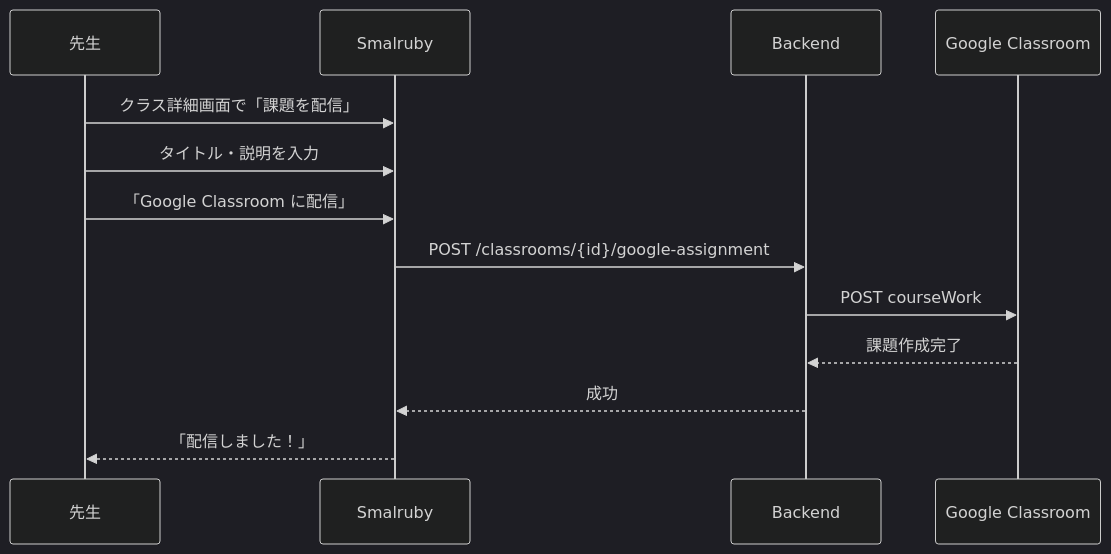
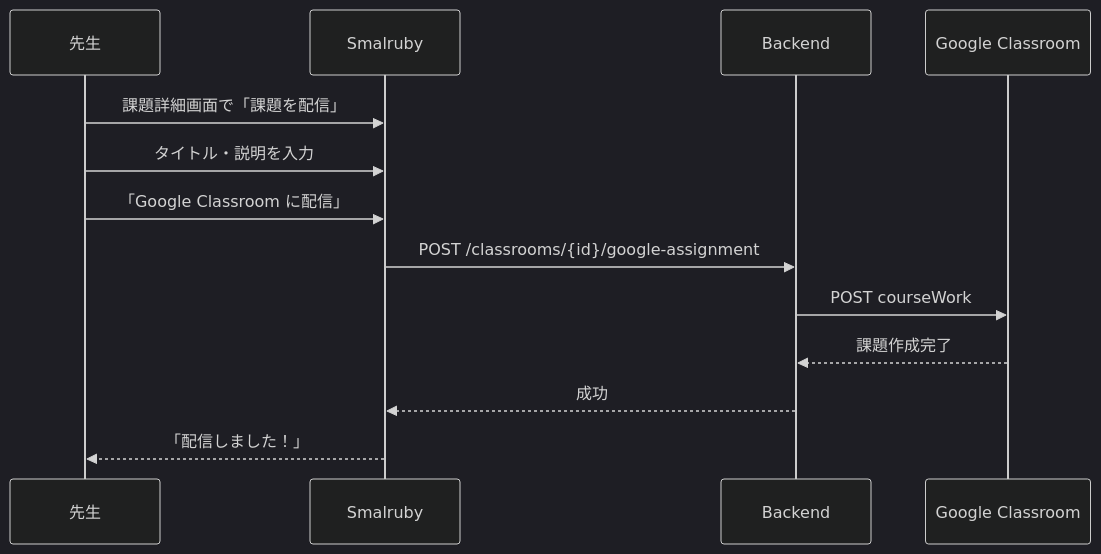
Before and after one commit to smalruby/smalruby3-editor: the fourth of 7 diagrams in docs/classroom/user-stories.md, drawn with Mermaid (dark theme). The commit also changed other lines of this file, not shown here.

````diff
--- a/docs/classroom/user-stories.md
+++ b/docs/classroom/user-stories.md
@@ -106,16 +106,16 @@
 ```mermaid
 sequenceDiagram
     participant T as 先生
     participant UI as Smalruby
     participant API as Backend
     participant GC as Google Classroom
 
-    T->>UI: クラス詳細画面で「課題を配信」
+    T->>UI: 課題詳細画面で「課題を配信」
     T->>UI: タイトル・説明を入力
     T->>UI: 「Google Classroom に配信」
     UI->>API: POST /classrooms/{id}/google-assignment
     API->>GC: POST courseWork
     GC-->>API: 課題作成完了
     API-->>UI: 成功
     UI-->>T: 「配信しました！」
 ```
````
